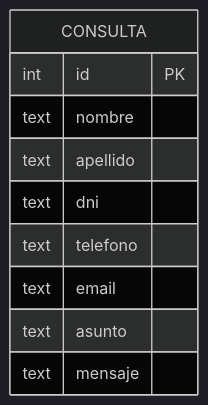
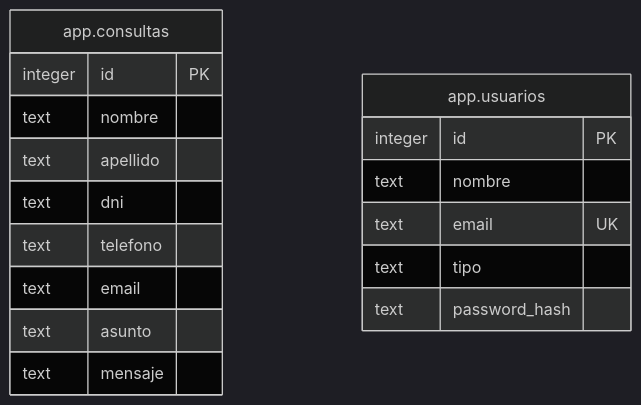
The diagram in docs/decisiones-diseno.md (nicc-essp/MetodologiaDeSistemasII), drawn with Mermaid (dark theme) before and after one commit. The commit also changed other lines of this file and 1 other file, not shown here.

````diff
--- a/docs/decisiones-diseno.md
+++ b/docs/decisiones-diseno.md
@@ -62,13 +62,20 @@
 ```mermaid
 erDiagram
-    CONSULTA {
-        int id PK
+    CONSULTA["app.consultas"] {
+        integer id PK
         text nombre
         text apellido
         text dni
         text telefono
         text email
         text asunto
         text mensaje
     }
+    USUARIO["app.usuarios"] {
+        integer id PK
+        text nombre
+        text email UK
+        text tipo
+        text password_hash
+    }
 ```
````
